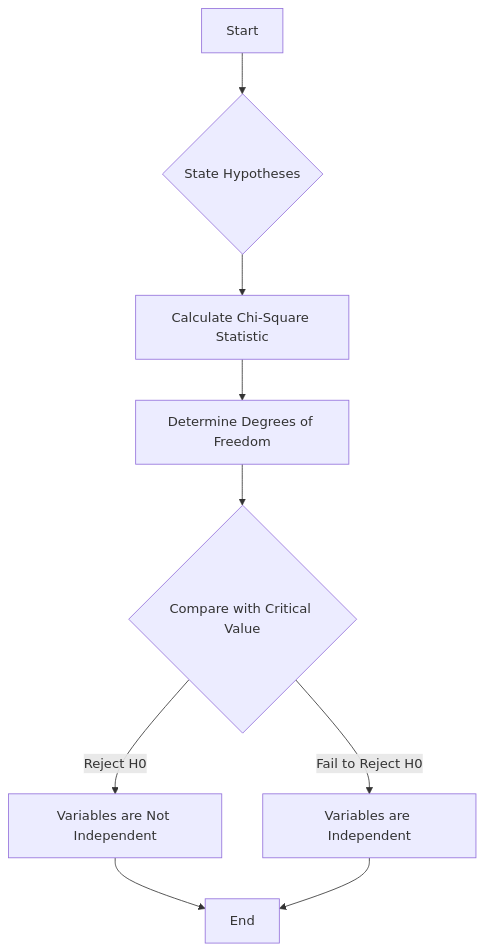
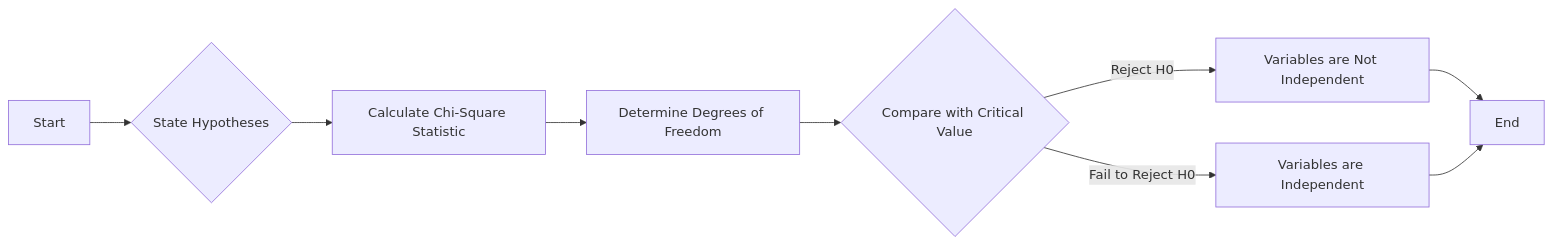
The third of 5 diagrams in 5thsem/RStats/solved/unit4.md (examdawn/NEP2020_2023_BCA), drawn with Mermaid before and after one commit. The commit also changed 3 other files, not shown here.

Commit message:
RP: Improve math rendering and graphs

````diff
--- a/5thsem/RStats/solved/unit4.md
+++ b/5thsem/RStats/solved/unit4.md
@@ -175,11 +175,11 @@
 ```mermaid
-flowchart TD
+flowchart LR
     A[Start] --> B{State Hypotheses}
     B --> C[Calculate Chi-Square Statistic]
     C --> D[Determine Degrees of Freedom]
     D --> E{Compare with Critical Value}
     E -->|Reject H0| F[Variables are Not Independent]
     E -->|Fail to Reject H0| G[Variables are Independent]
     F --> H[End]
     G --> H
 ```
````
